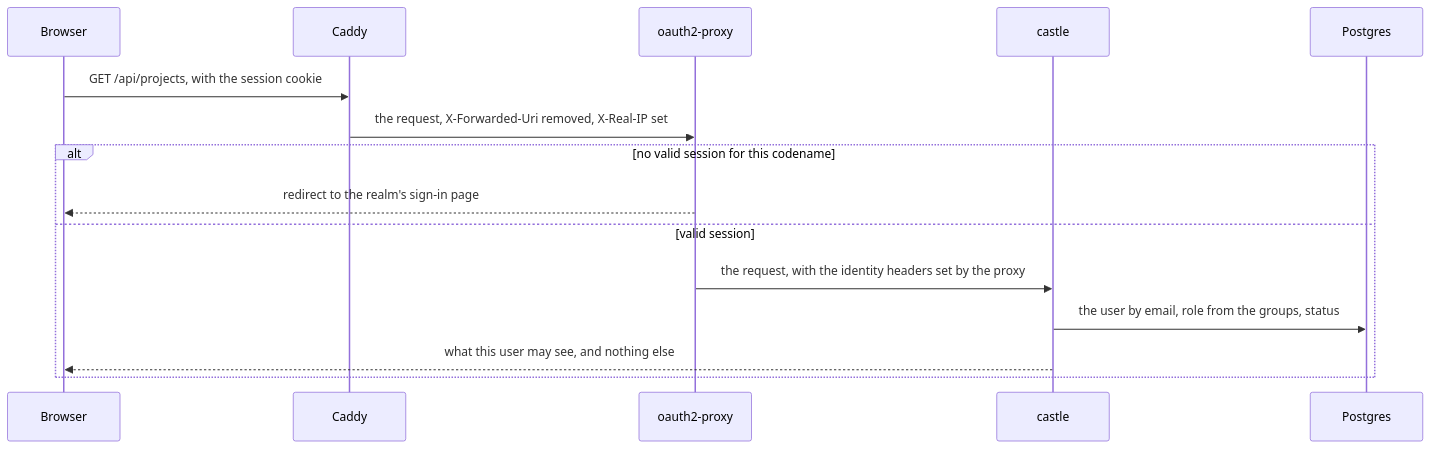
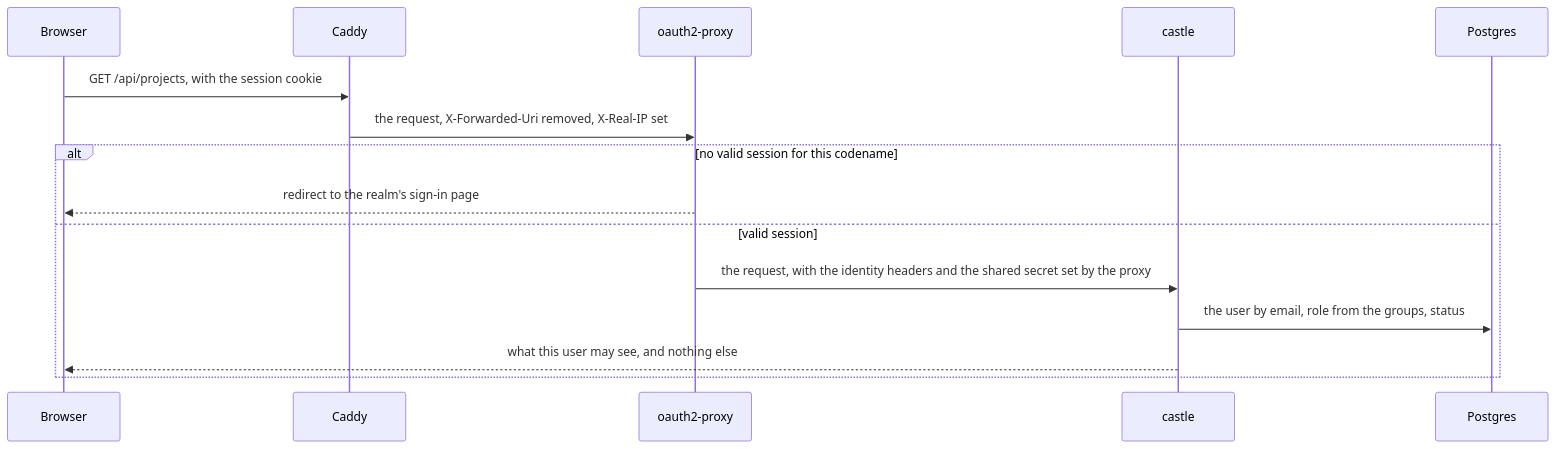
One commit to Sp0Q1/castle changed the second of 3 diagrams in docs/architecture.md. Above: the diagram before and after it, drawn with Mermaid. The commit also changed other lines of this file and 4 other files, not shown here.

````diff
--- a/docs/architecture.md
+++ b/docs/architecture.md
@@ -55,17 +58,17 @@
 ```mermaid
 sequenceDiagram
   participant B as Browser
   participant C as Caddy
   participant P as oauth2-proxy
   participant A as castle
   participant D as Postgres
   B->>C: GET /api/projects, with the session cookie
   C->>P: the request, X-Forwarded-Uri removed, X-Real-IP set
   alt no valid session for this codename
     P-->>B: redirect to the realm's sign-in page
   else valid session
-    P->>A: the request, with the identity headers set by the proxy
+    P->>A: the request, with the identity headers and the shared secret set by the proxy
     A->>D: the user by email, role from the groups, status
     A-->>B: what this user may see, and nothing else
   end
 ```
````
